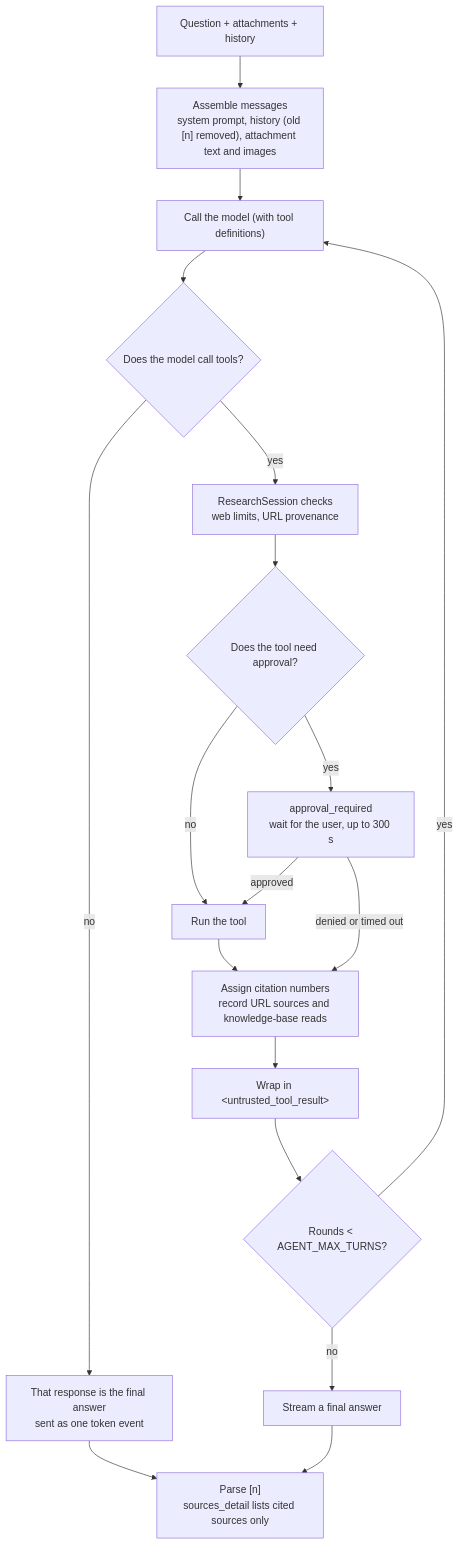
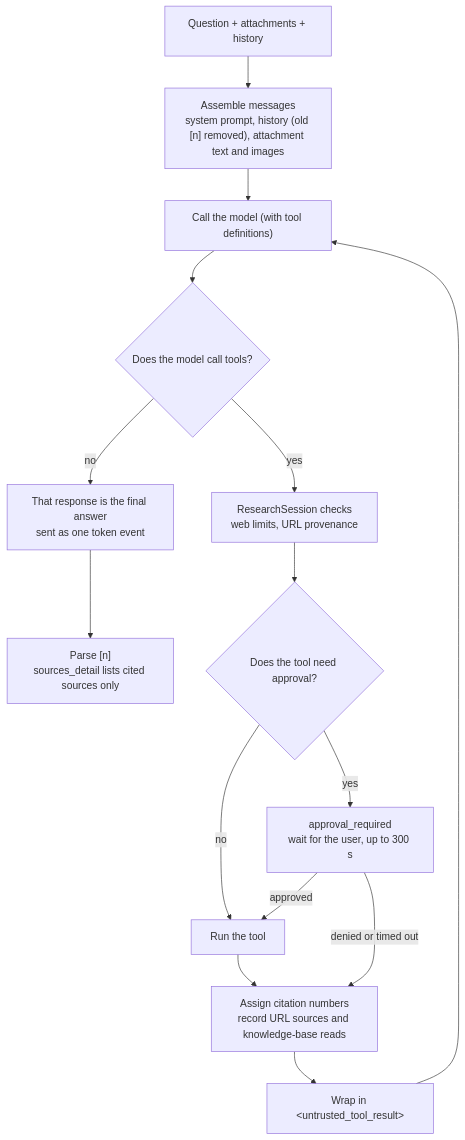
The sixth of 9 diagrams in docs/architecture_en.md (Scorpio-meow/AskMiao), drawn with Mermaid before and after one commit. The commit also changed 46 other files, not shown here.

````diff
--- a/docs/architecture_en.md
+++ b/docs/architecture_en.md
@@ -366,19 +366,17 @@
 ```mermaid
 flowchart TB
     Q["Question + attachments + history"] --> Build["Assemble messages<br/>system prompt, history (old [n] removed), attachment text and images"]
     Build --> Call["Call the model (with tool definitions)"]
     Call --> HasTools{"Does the model call tools?"}
     HasTools -->|no| Answer["That response is the final answer<br/>sent as one token event"]
     HasTools -->|yes| Check["ResearchSession checks<br/>web limits, URL provenance"]
     Check --> Approve{"Does the tool need approval?"}
     Approve -->|no| Exec["Run the tool"]
     Approve -->|yes| Ask["approval_required<br/>wait for the user, up to 300 s"]
     Ask -->|approved| Exec
     Ask -->|denied or timed out| Record
     Exec --> Record["Assign citation numbers<br/>record URL sources and knowledge-base reads"]
     Record --> Wrap["Wrap in &lt;untrusted_tool_result&gt;"]
-    Wrap --> More{"Rounds < AGENT_MAX_TURNS?"}
-    More -->|yes| Call
-    More -->|no| Stream["Stream a final answer"]
-    Answer & Stream --> Cite["Parse [n]<br/>sources_detail lists cited sources only"]
+    Wrap --> Call
+    Answer --> Cite["Parse [n]<br/>sources_detail lists cited sources only"]
 ```
````
